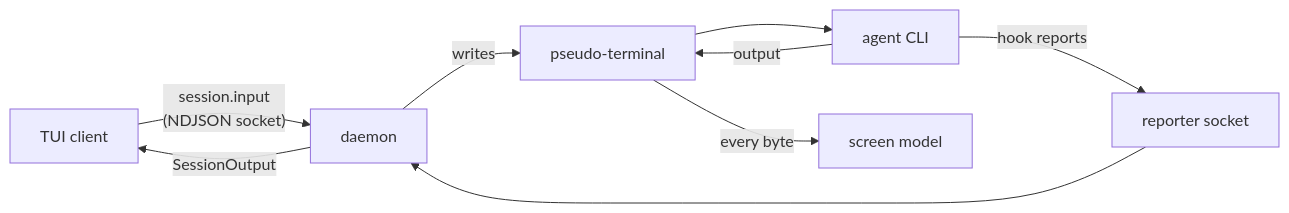
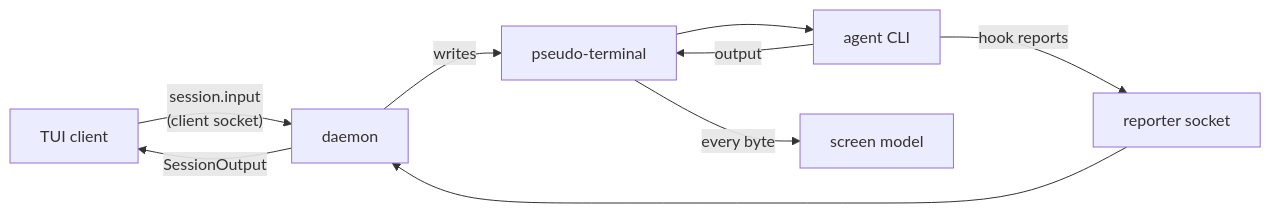
One commit to zgeoff/atc changed the first of 2 diagrams in docs/architecture/overview.md. Above: the diagram before and after it, drawn with Mermaid. The commit also changed other lines of this file and 18 other files, not shown here.

````diff
--- a/docs/architecture/overview.md
+++ b/docs/architecture/overview.md
@@ -19,11 +19,11 @@
 ```mermaid
 flowchart LR
-    T["TUI client"] -->|"session.input<br>(NDJSON socket)"| D["daemon"]
+    T["TUI client"] -->|"session.input<br>(client socket)"| D["daemon"]
     D -->|writes| P["pseudo-terminal"]
     P --> A["agent CLI"]
     A -->|output| P
     P -->|every byte| S["screen model"]
     D -->|"SessionOutput"| T
     A -->|"hook reports"| R["reporter socket"]
     R --> D
 ```
````
